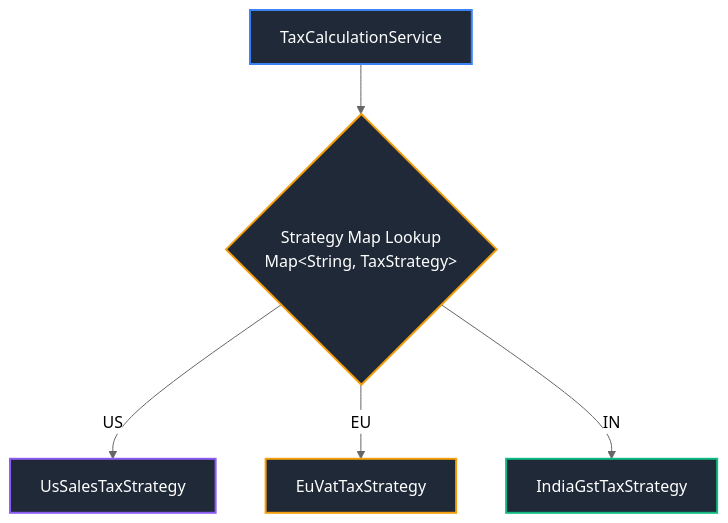
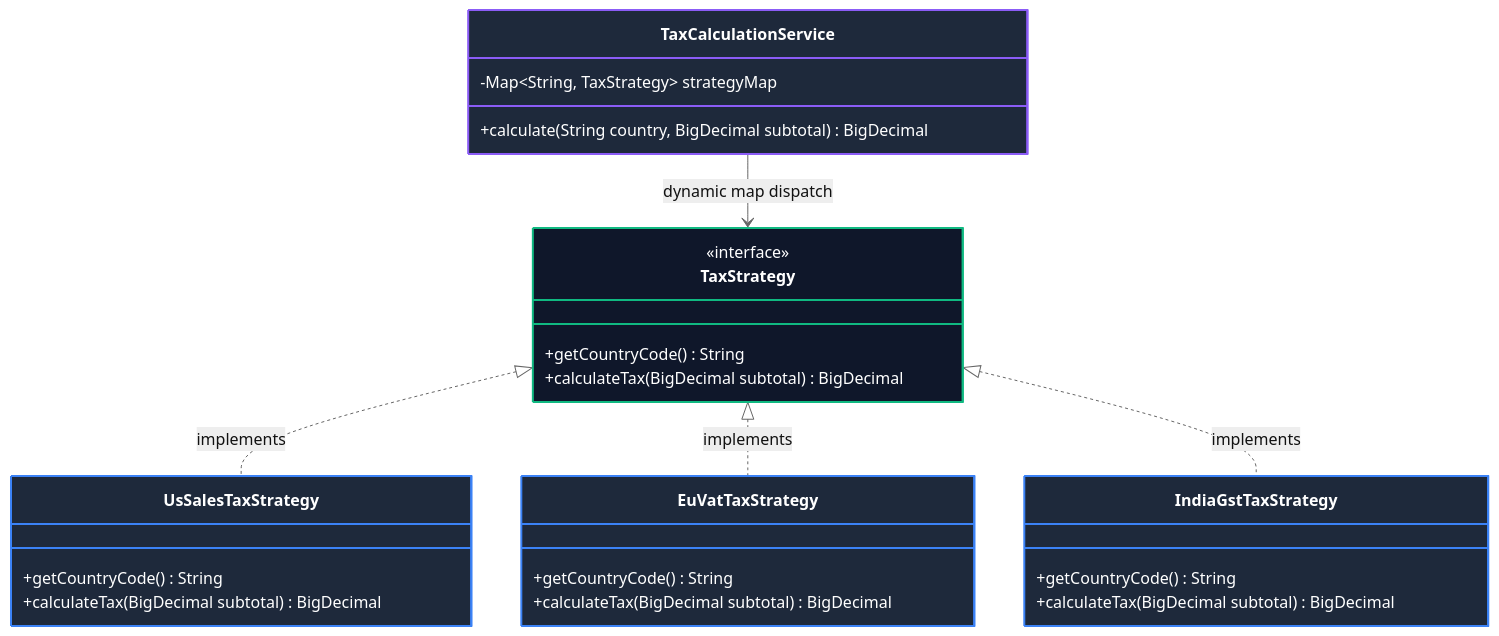
One commit to joydeep-biswas/Interview-Preparation changed diagram 16 of 22 in Java Backend Engineering/06_design_patterns_solid_software_architecture.md. Above: the diagram before and after it, drawn with Mermaid (neutral theme). The commit also changed other lines of this file and 76 other files, not shown here.

Commit message:
Updated Charts

````diff
--- a/Java Backend Engineering/06_design_patterns_solid_software_architecture.md
+++ b/Java Backend Engineering/06_design_patterns_solid_software_architecture.md
@@ -981,13 +1046,36 @@
 ```mermaid
-flowchart TD
-    Client["TaxCalculationService"] --> StrategyChooser{"Strategy Map Lookup<br/>Map&lt;String, TaxStrategy&gt;"}
-    StrategyChooser -->|"US"| US["UsSalesTaxStrategy"]
-    StrategyChooser -->|"EU"| EU["EuVatTaxStrategy"]
-    StrategyChooser -->|"IN"| IN["IndiaGstTaxStrategy"]
+classDiagram
+    direction TB
+    class TaxCalculationService {
+        -Map~String, TaxStrategy~ strategyMap
+        +calculate(String country, BigDecimal subtotal) BigDecimal
+    }
+    class TaxStrategy {
+        <<interface>>
+        +getCountryCode() String
+        +calculateTax(BigDecimal subtotal) BigDecimal
+    }
+    class UsSalesTaxStrategy {
+        +getCountryCode() String
+        +calculateTax(BigDecimal subtotal) BigDecimal
+    }
+    class EuVatTaxStrategy {
+        +getCountryCode() String
+        +calculateTax(BigDecimal subtotal) BigDecimal
+    }
+    class IndiaGstTaxStrategy {
+        +getCountryCode() String
+        +calculateTax(BigDecimal subtotal) BigDecimal
+    }
 
-    style Client fill:#1f2937,stroke:#3b82f6,stroke-width:2px,color:#fff
-    style StrategyChooser fill:#1f2937,stroke:#f59e0b,stroke-width:2px,color:#fff
-    style US fill:#1f2937,stroke:#8b5cf6,stroke-width:2px,color:#fff
-    style EU fill:#1f2937,stroke:#f59e0b,stroke-width:2px,color:#fff
-    style IN fill:#1f2937,stroke:#10b981,stroke-width:2px,color:#fff
+    TaxCalculationService --> TaxStrategy : dynamic map dispatch
+    TaxStrategy <|.. UsSalesTaxStrategy : implements
+    TaxStrategy <|.. EuVatTaxStrategy : implements
+    TaxStrategy <|.. IndiaGstTaxStrategy : implements
+
+    style TaxCalculationService fill:#1e293b,stroke:#8b5cf6,stroke-width:2px,color:#ffffff
+    style TaxStrategy fill:#0f172a,stroke:#10b981,stroke-width:2px,color:#ffffff
+    style UsSalesTaxStrategy fill:#1e293b,stroke:#3b82f6,stroke-width:2px,color:#ffffff
+    style EuVatTaxStrategy fill:#1e293b,stroke:#3b82f6,stroke-width:2px,color:#ffffff
+    style IndiaGstTaxStrategy fill:#1e293b,stroke:#3b82f6,stroke-width:2px,color:#ffffff
 ```
````
